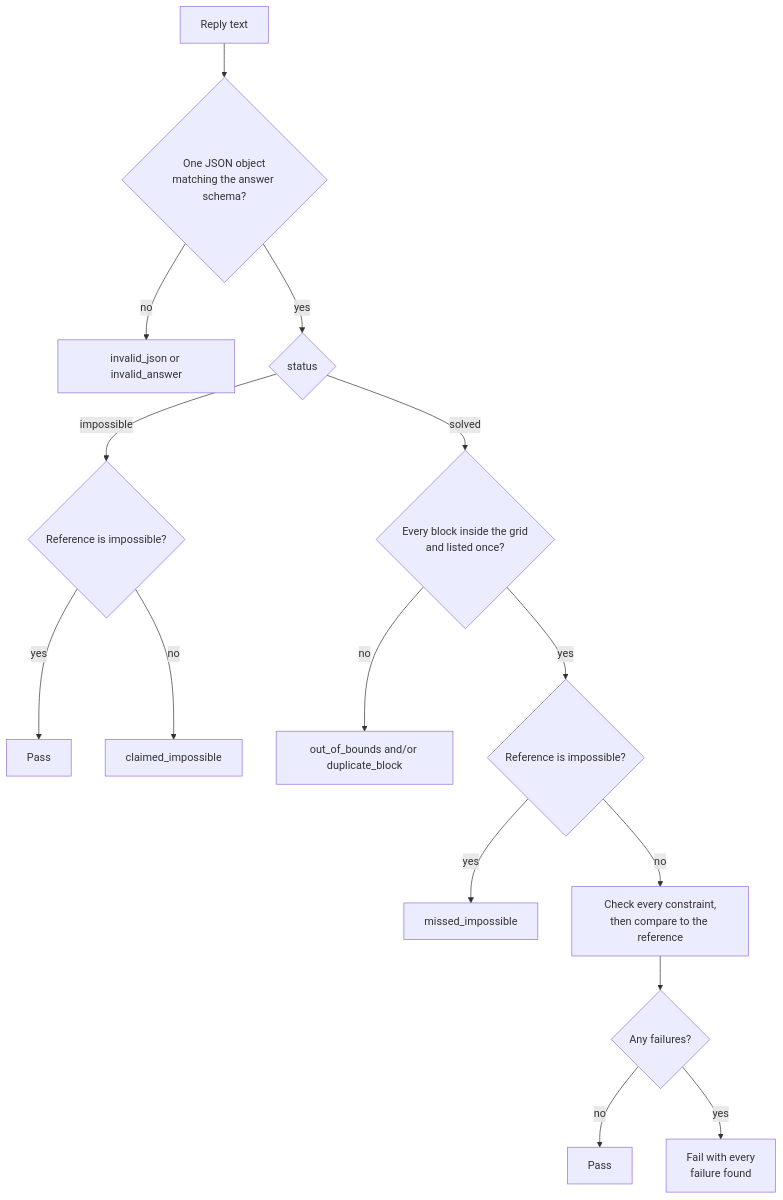
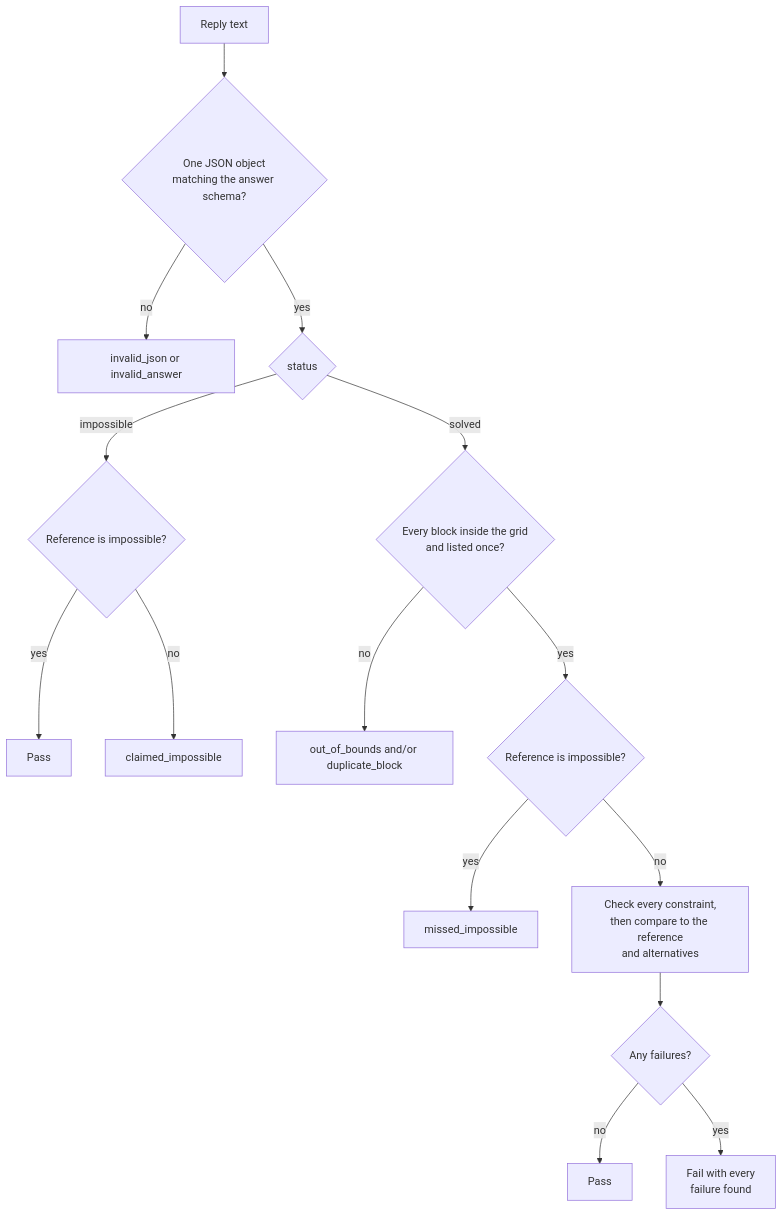
One commit to Ammaar-Alam/project-01-spatial-reasoning changed the third of 4 diagrams in docs/architecture.md. Above: the diagram before and after it, drawn with Mermaid. The commit also changed other lines of this file and 6 other files, not shown here.

````diff
--- a/docs/architecture.md
+++ b/docs/architecture.md
@@ -84,17 +85,17 @@
 ```mermaid
 flowchart TD
   reply["Reply text"] --> parse{"One JSON object<br/>matching the answer schema?"}
   parse -- no --> f1["invalid_json or invalid_answer"]
   parse -- yes --> status{"status"}
   status -- impossible --> refA{"Reference is impossible?"}
   refA -- yes --> pass1["Pass"]
   refA -- no --> f2["claimed_impossible"]
   status -- solved --> legal{"Every block inside the grid<br/>and listed once?"}
   legal -- no --> f3["out_of_bounds and/or duplicate_block"]
   legal -- yes --> refB{"Reference is impossible?"}
   refB -- yes --> f4["missed_impossible"]
-  refB -- no --> rules["Check every constraint,<br/>then compare to the reference"]
+  refB -- no --> rules["Check every constraint,<br/>then compare to the reference<br/>and alternatives"]
   rules --> any{"Any failures?"}
   any -- no --> pass2["Pass"]
   any -- yes --> f5["Fail with every<br/>failure found"]
 ```
````
